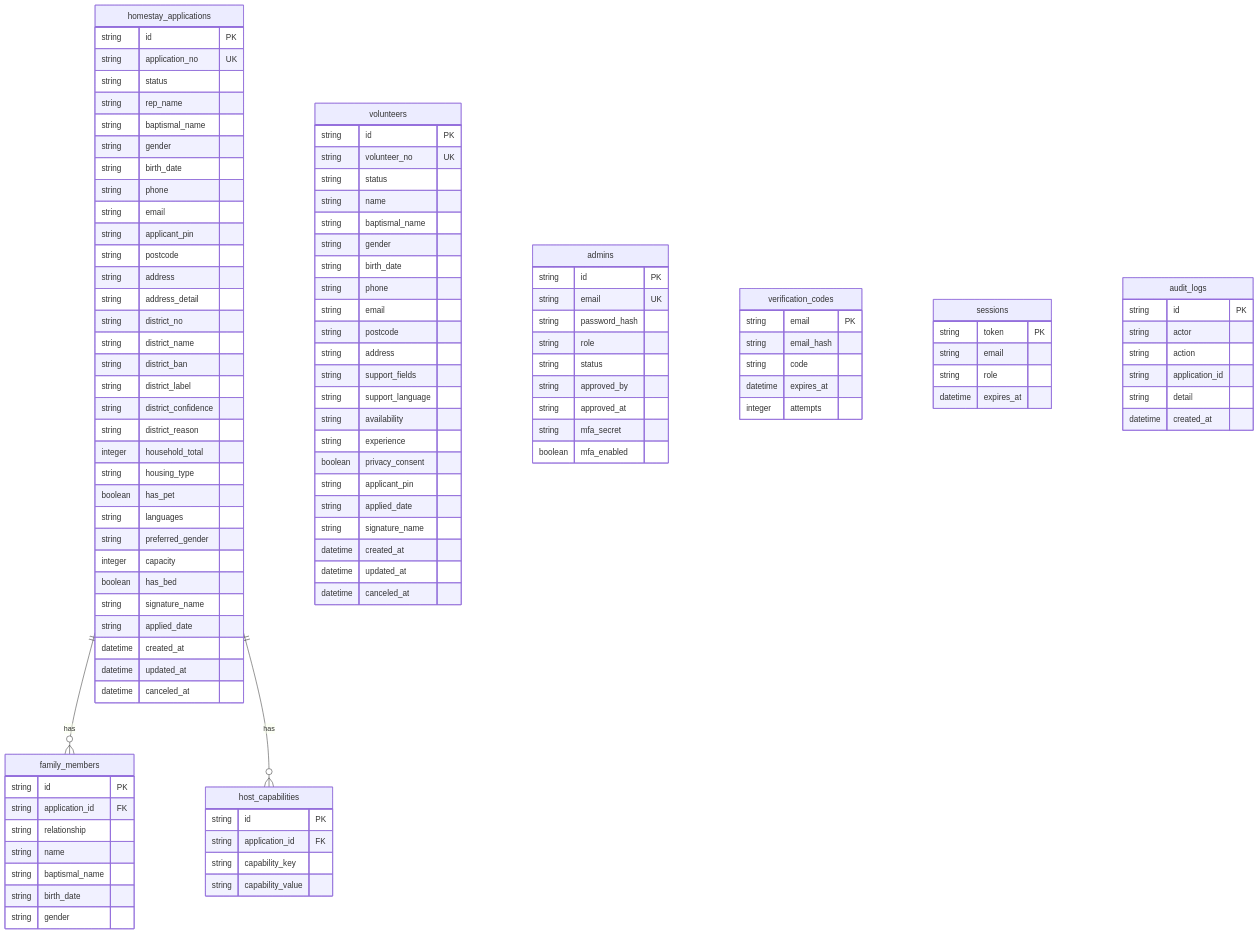
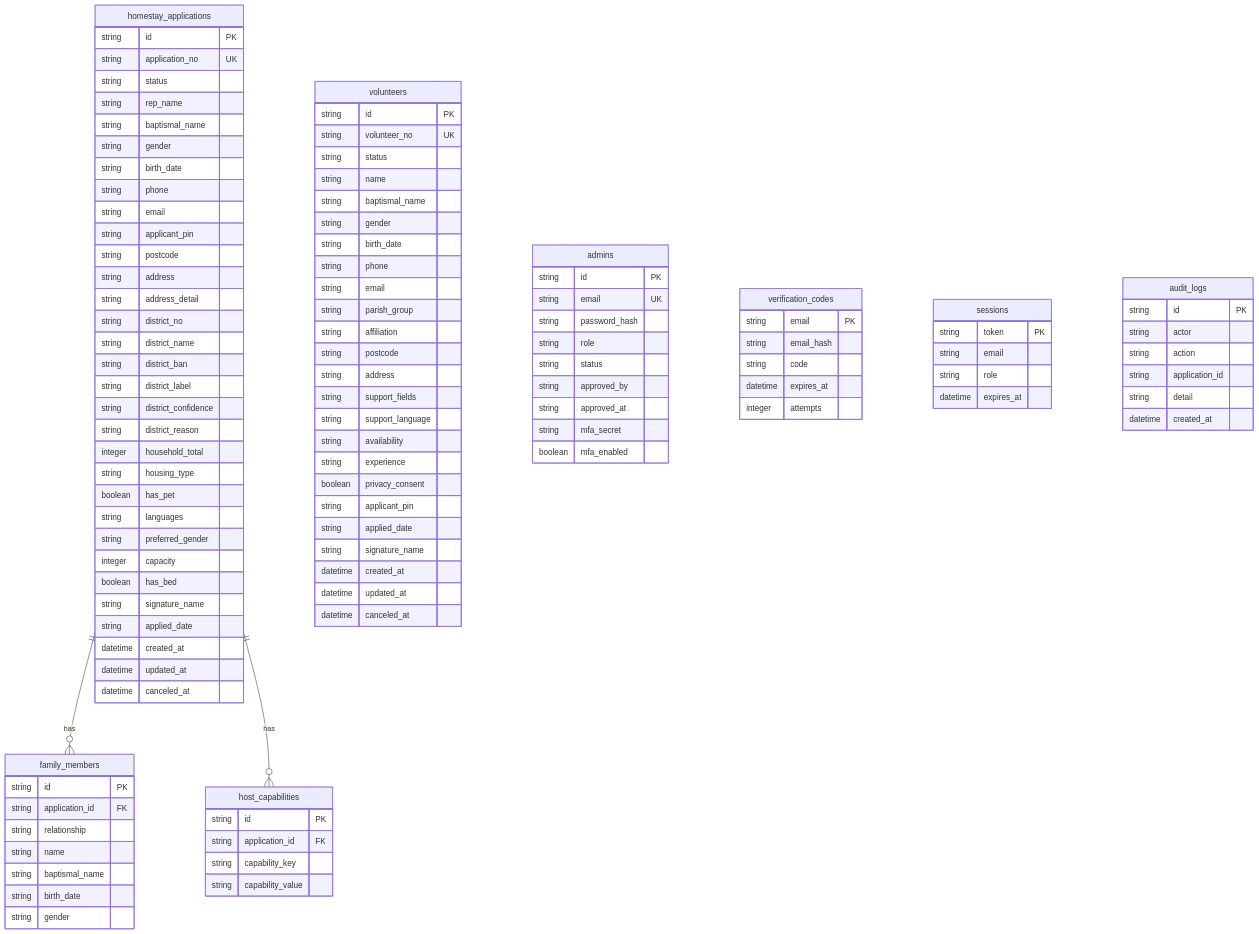
One commit to brotheroak/2027-wyd-kr-segok-management-system changed the diagram in docs/DATABASE.md. Above: the diagram before and after it, drawn with Mermaid. The commit also changed other lines of this file and 22 other files, not shown here.

```diff
--- a/docs/DATABASE.md
+++ b/docs/DATABASE.md
@@ -167,6 +167,8 @@
         string birth_date
         string phone
         string email
+        string parish_group
+        string affiliation
         string postcode
         string address
         string support_fields
```
